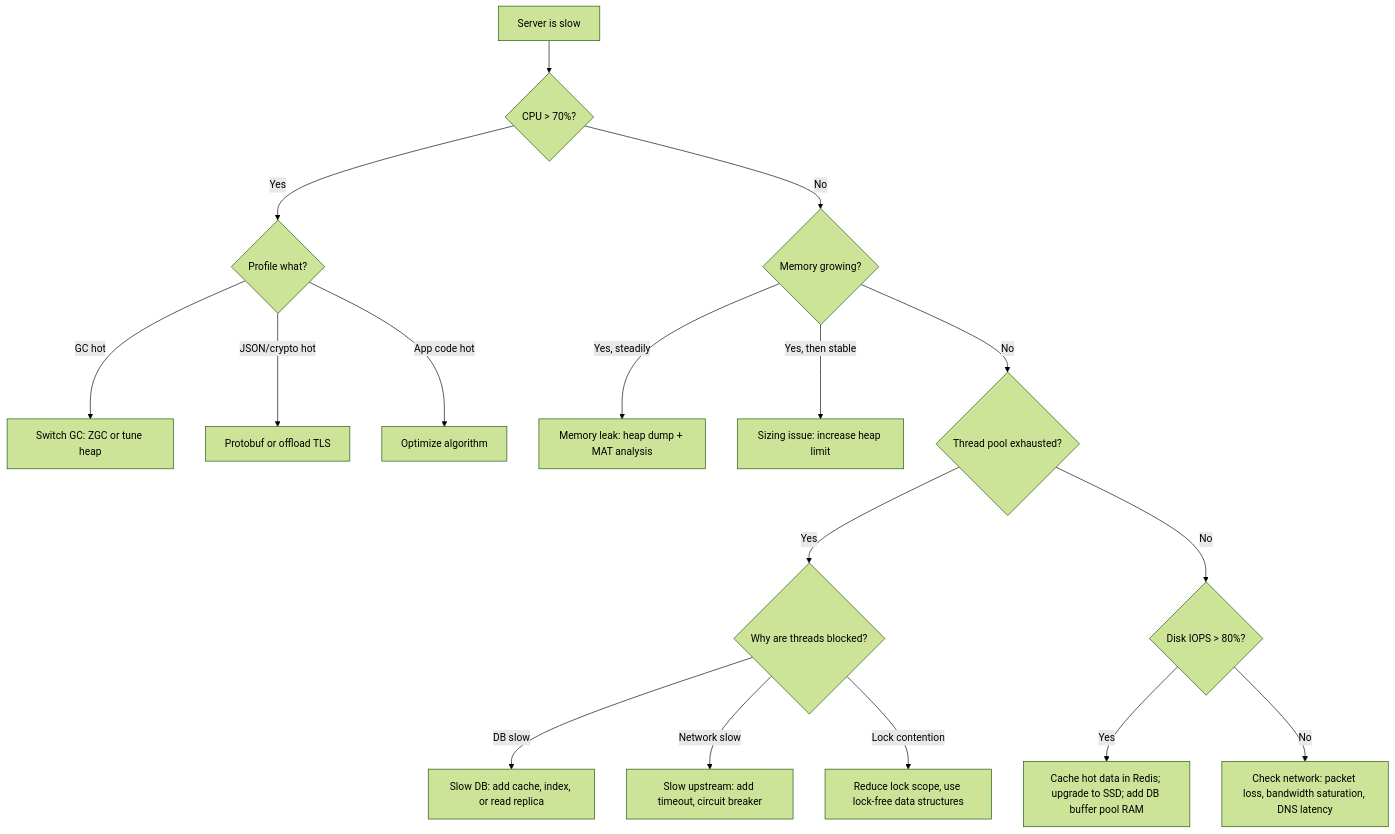
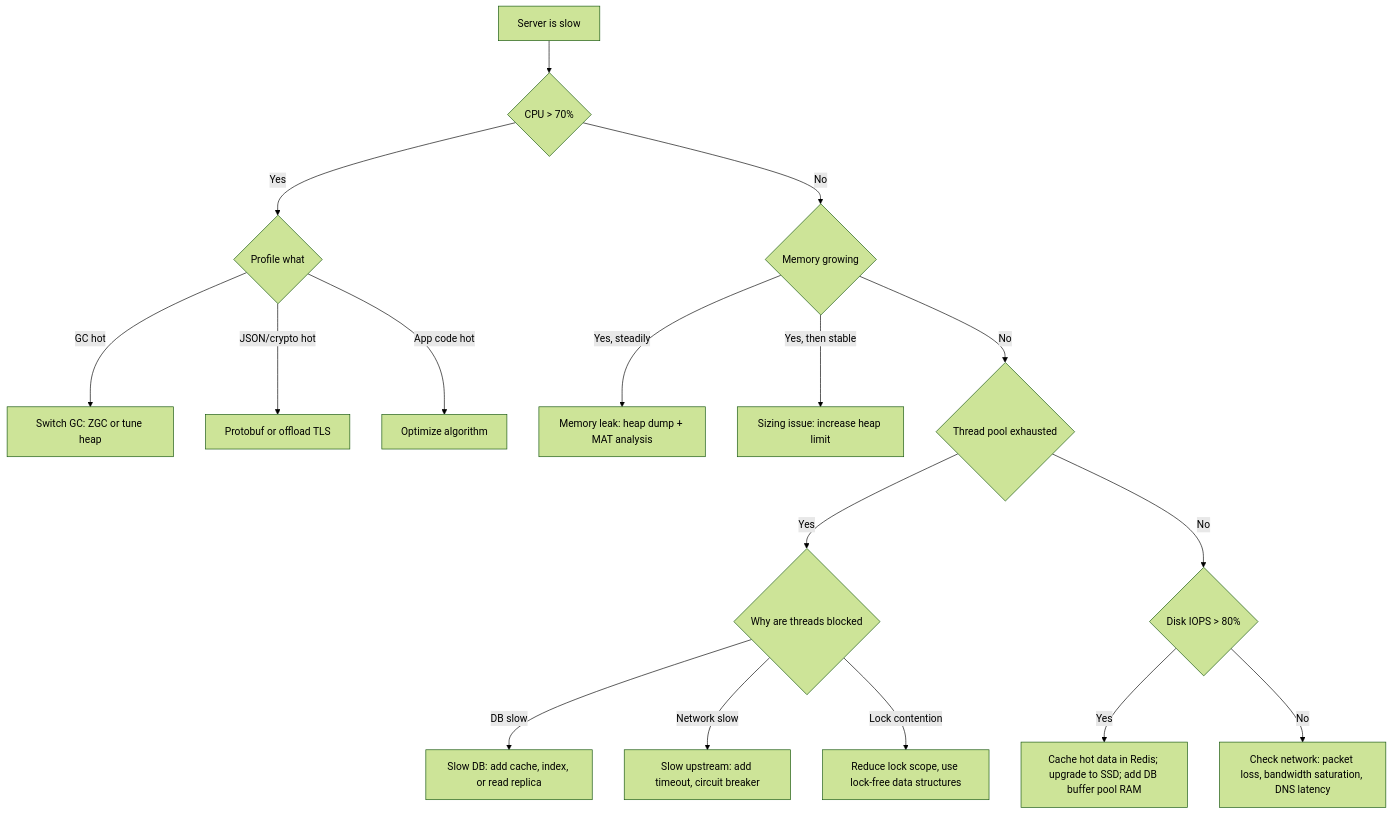
One commit to ranjeetnegi/System-Design-for-Staff-SWE changed diagram 12 of 13 in Section0/Chapter_3_OS_Fundamentals.md. Above: the diagram before and after it, drawn with Mermaid (forest theme). The commit also changed other lines of this file and 11 other files, not shown here.

````diff
--- a/Section0/Chapter_3_OS_Fundamentals.md
+++ b/Section0/Chapter_3_OS_Fundamentals.md
@@ -1378,23 +1378,23 @@
 ```mermaid
 flowchart TD
-    A[Server is slow] --> B{CPU > 70%?}
-    B -- Yes --> C{Profile what?}
-    B -- No --> D{Memory growing?}
+    A[Server is slow] --> B{CPU > 70% }
+    B -- Yes --> C{Profile what }
+    B -- No --> D{Memory growing }
     
     C -- GC hot --> C1[Switch GC: ZGC or tune heap]
     C -- JSON/crypto hot --> C2[Protobuf or offload TLS]
     C -- App code hot --> C3[Optimize algorithm]
     
     D -- Yes, steadily --> D1[Memory leak: heap dump + MAT analysis]
     D -- Yes, then stable --> D2[Sizing issue: increase heap limit]
-    D -- No --> E{Thread pool exhausted?}
+    D -- No --> E{Thread pool exhausted }
     
-    E -- Yes --> E1{Why are threads blocked?}
+    E -- Yes --> E1{Why are threads blocked }
     E1 -- DB slow --> E2[Slow DB: add cache, index, or read replica]
     E1 -- Network slow --> E3[Slow upstream: add timeout, circuit breaker]
     E1 -- Lock contention --> E4[Reduce lock scope, use lock-free data structures]
     
-    E -- No --> F{Disk IOPS > 80%?}
+    E -- No --> F{Disk IOPS > 80% }
     F -- Yes --> F1[Cache hot data in Redis; upgrade to SSD; add DB buffer pool RAM]
     F -- No --> G[Check network: packet loss, bandwidth saturation, DNS latency]
 ```
````
